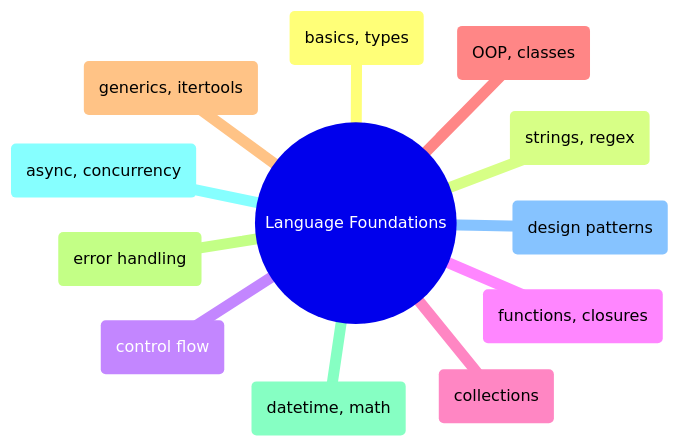
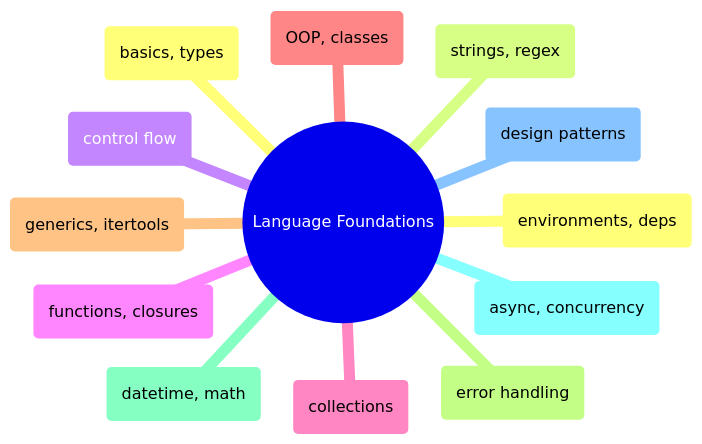
The diagram in content/02-Programming-Languages/Domains/domain-language-foundations.md (alp78/elysium), drawn with Mermaid before and after one commit. The commit also changed other lines of this file and 192 other files, not shown here.

````diff
--- a/content/02-Programming-Languages/Domains/domain-language-foundations.md
+++ b/content/02-Programming-Languages/Domains/domain-language-foundations.md
@@ -12,15 +12,16 @@
 ```mermaid
 mindmap
   ((Language Foundations))
     (basics, types)
     (strings, regex)
     (control flow)
     (functions, closures)
     (collections)
     (OOP, classes)
     (generics, itertools)
     (error handling)
     (datetime, math)
     (async, concurrency)
     (design patterns)
+    (environments, deps)
 ```
````
